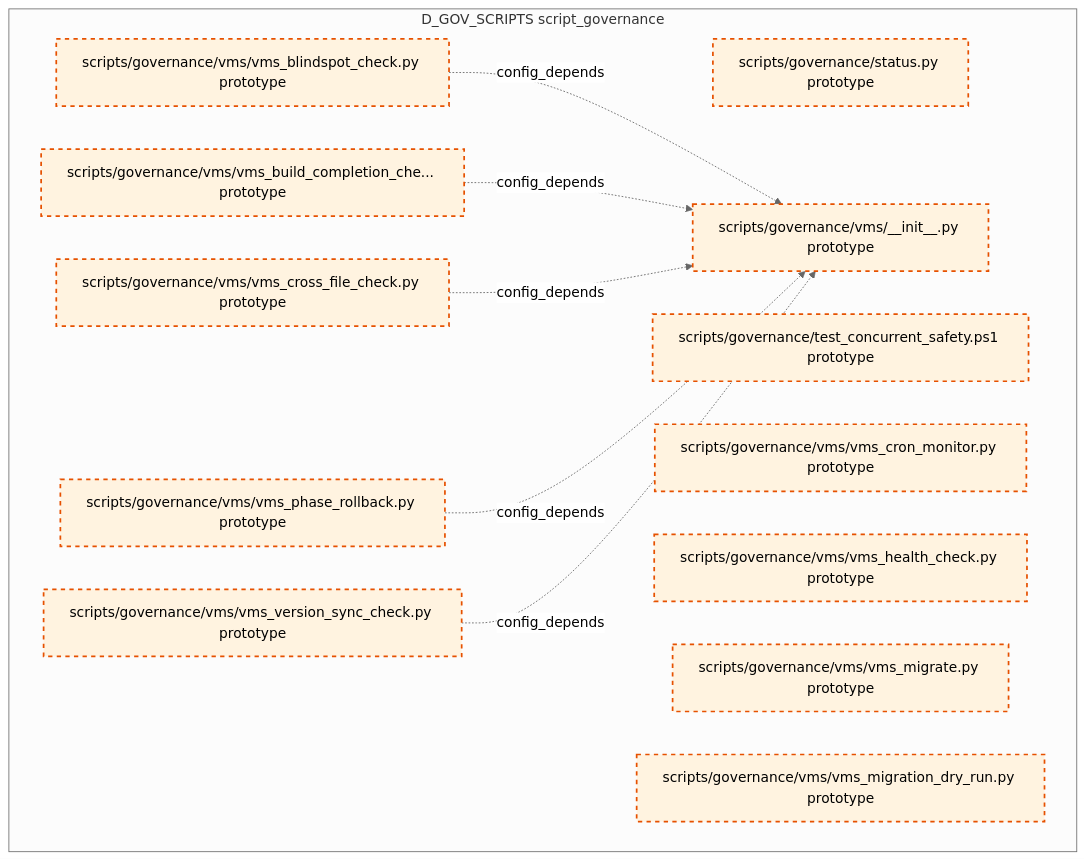
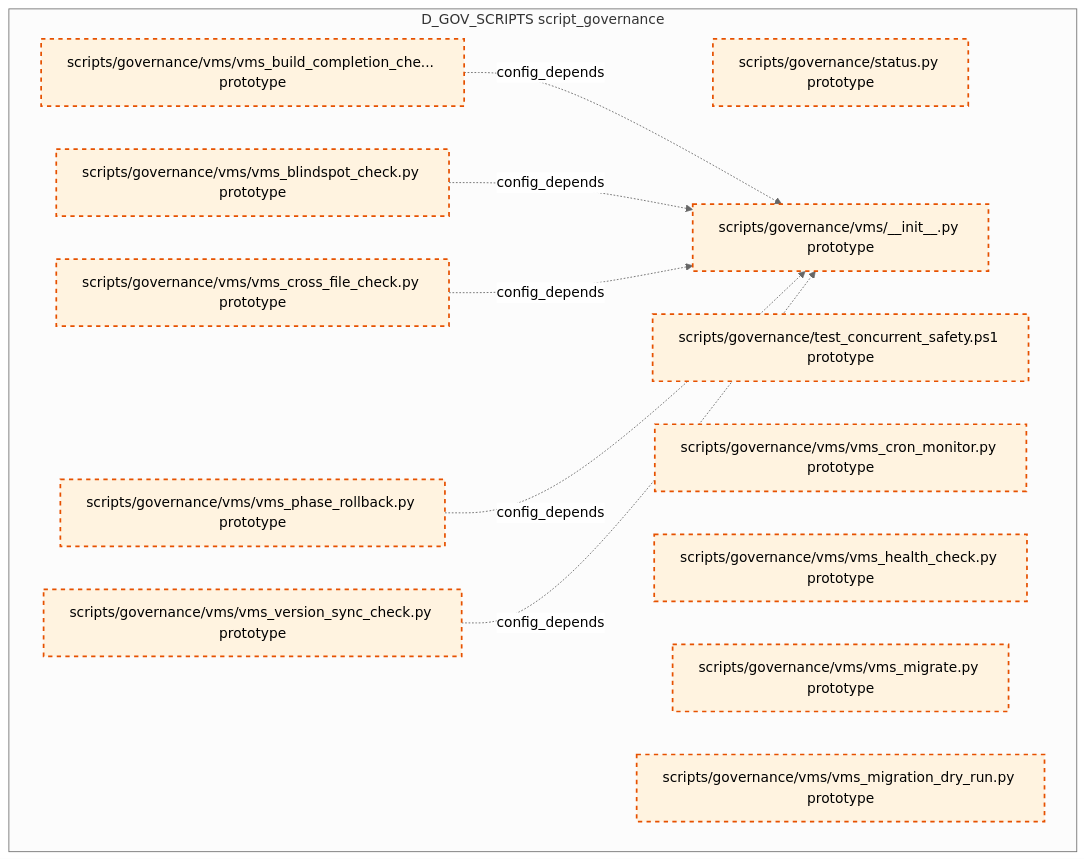
Before and after one commit to xuanFelixVan/ZephyrAlpha: diagram 15 of 15 in docs/02_enterprise_architecture/02_domain_architecture_docs/36_d_gov_scripts.md, drawn with Mermaid (neutral theme). The commit also changed other lines of this file and 99 other files, not shown here.

````diff
--- a/docs/02_enterprise_architecture/02_domain_architecture_docs/36_d_gov_scripts.md
+++ b/docs/02_enterprise_architecture/02_domain_architecture_docs/36_d_gov_scripts.md
@@ -1012,27 +1015,27 @@
 ```mermaid
 graph TD
     subgraph D_GOV_SCRIPTS["D_GOV_SCRIPTS script_governance"]
         scripts_governance_status_py["scripts/governance/status.py prototype"]
         scripts_governance_test_concurrent_safety_ps1["scripts/governance/test_concurrent_safety.ps1 prototype"]
         scripts_governance_vms_init_py["scripts/governance/vms/__init__.py prototype"]
         scripts_governance_vms_vms_blindspot_check_py["scripts/governance/vms/vms_blindspot_check.py prototype"]
         scripts_governance_vms_vms_build_completion_check_py["scripts/governance/vms/vms_build_completion_che... prototype"]
         scripts_governance_vms_vms_cron_monitor_py["scripts/governance/vms/vms_cron_monitor.py prototype"]
         scripts_governance_vms_vms_cross_file_check_py["scripts/governance/vms/vms_cross_file_check.py prototype"]
         scripts_governance_vms_vms_health_check_py["scripts/governance/vms/vms_health_check.py prototype"]
         scripts_governance_vms_vms_migrate_py["scripts/governance/vms/vms_migrate.py prototype"]
         scripts_governance_vms_vms_migration_dry_run_py["scripts/governance/vms/vms_migration_dry_run.py prototype"]
         scripts_governance_vms_vms_phase_rollback_py["scripts/governance/vms/vms_phase_rollback.py prototype"]
         scripts_governance_vms_vms_version_sync_check_py["scripts/governance/vms/vms_version_sync_check.py prototype"]
     end
+    scripts_governance_vms_vms_build_completion_check_py -.->|config_depends| scripts_governance_vms_init_py
     scripts_governance_vms_vms_blindspot_check_py -.->|config_depends| scripts_governance_vms_init_py
-    scripts_governance_vms_vms_build_completion_check_py -.->|config_depends| scripts_governance_vms_init_py
     scripts_governance_vms_vms_cross_file_check_py -.->|config_depends| scripts_governance_vms_init_py
     scripts_governance_vms_vms_phase_rollback_py -.->|config_depends| scripts_governance_vms_init_py
     scripts_governance_vms_vms_version_sync_check_py -.->|config_depends| scripts_governance_vms_init_py
     classDef production fill:#e1f5fe,stroke:#01579b,stroke-width:2px,color:#000
     classDef design fill:#fff3e0,stroke:#e65100,stroke-width:2px,color:#000,stroke-dasharray: 5 5
     classDef external_prod fill:#e8f5e9,stroke:#1b5e20,stroke-width:1px,color:#000
     classDef external_design fill:#fce4ec,stroke:#880e4f,stroke-width:1px,color:#000,stroke-dasharray: 5 5
     class scripts_governance_status_py,scripts_governance_test_concurrent_safety_ps1,scripts_governance_vms_init_py,scripts_governance_vms_vms_blindspot_check_py,scripts_governance_vms_vms_build_completion_check_py,scripts_governance_vms_vms_cron_monitor_py,scripts_governance_vms_vms_cross_file_check_py,scripts_governance_vms_vms_health_check_py,scripts_governance_vms_vms_migrate_py,scripts_governance_vms_vms_migration_dry_run_py,scripts_governance_vms_vms_phase_rollback_py,scripts_governance_vms_vms_version_sync_check_py design
 ```
````
